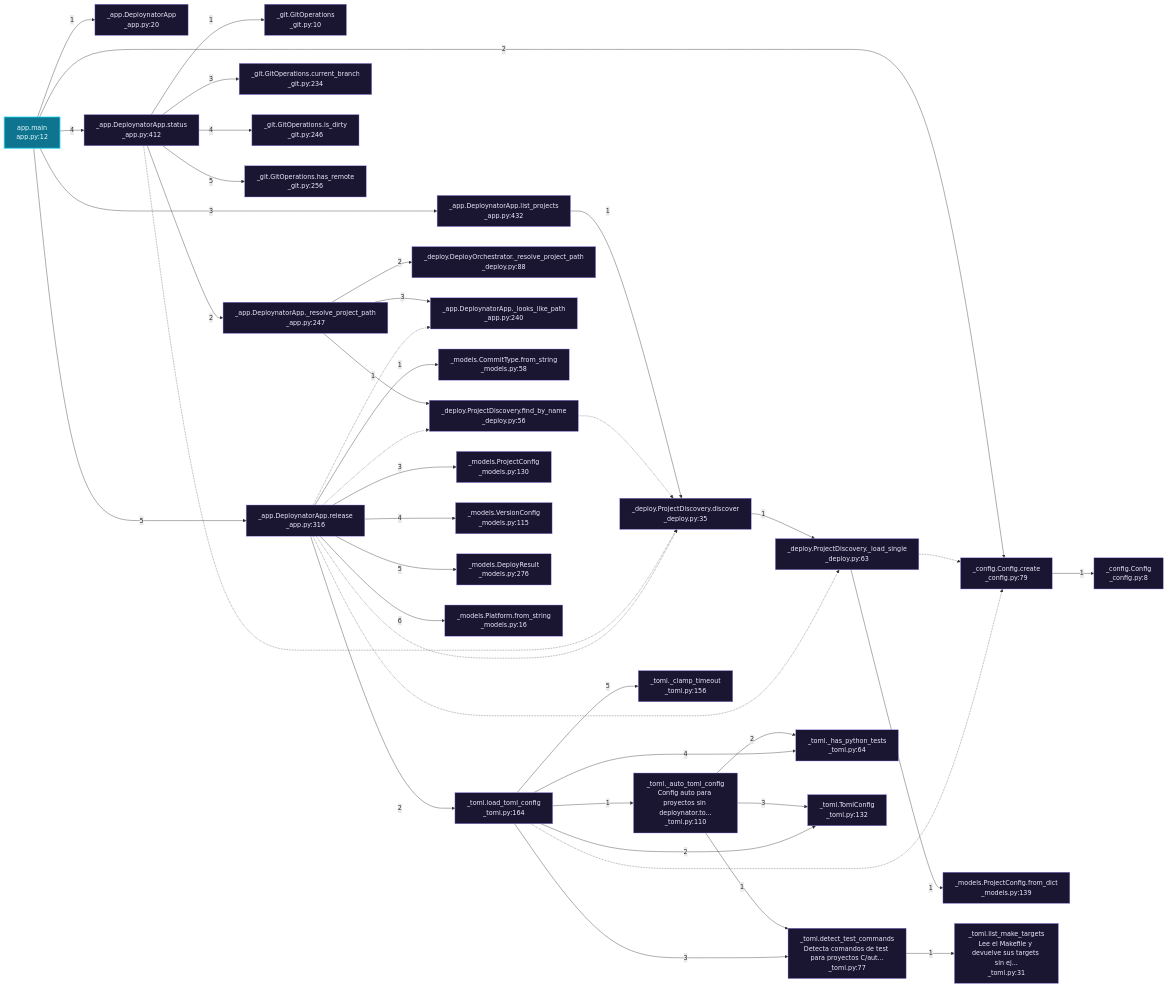
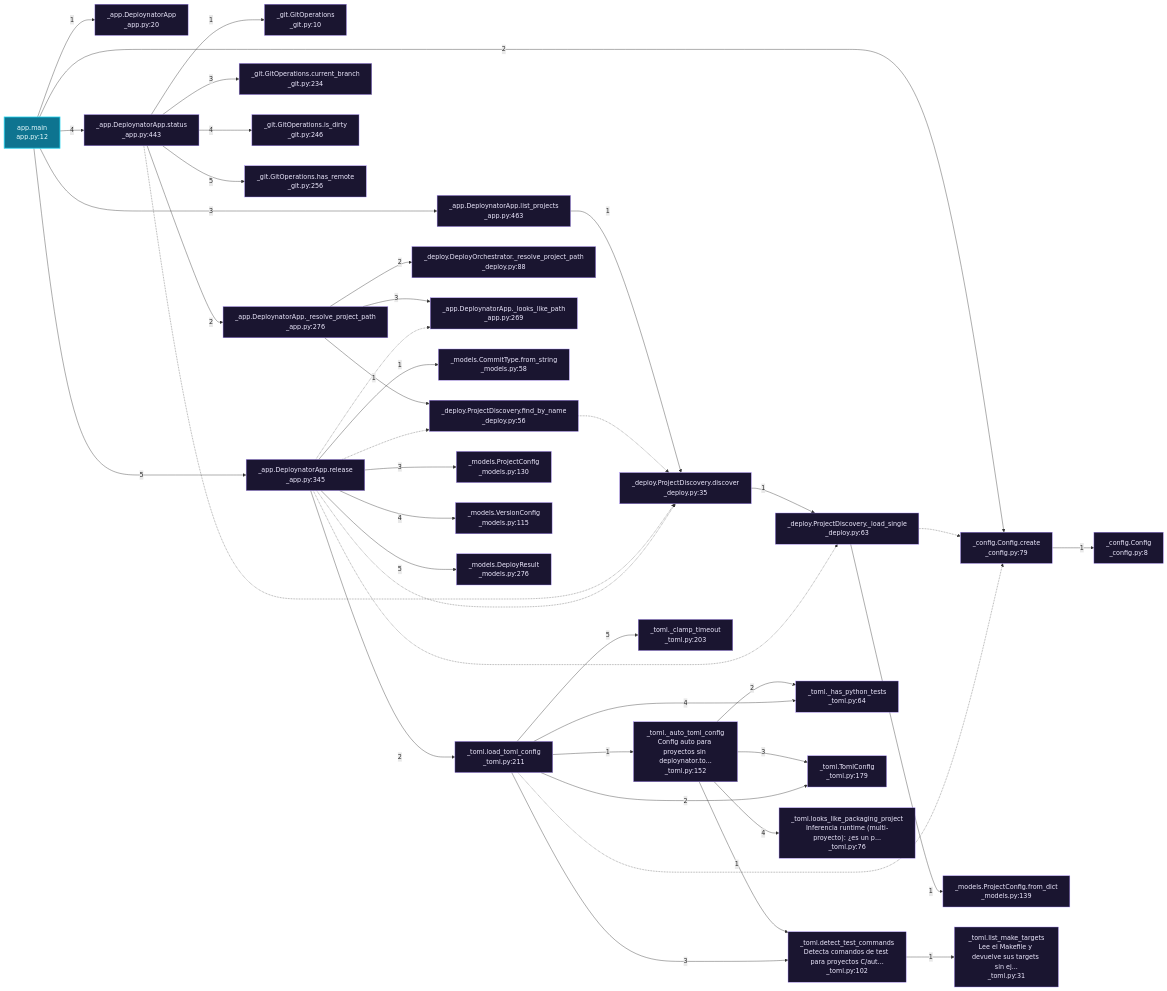
Before and after one commit to grisuno/deploynator: the third of 9 diagrams in readmenator-apidocs/architecture.md, drawn with Mermaid. The commit also changed other lines of this file and 82 other files, not shown here.

First line of the commit message:
test: test: automated release

````diff
--- a/readmenator-apidocs/architecture.md
+++ b/readmenator-apidocs/architecture.md
@@ -79,75 +79,75 @@
 ```mermaid
 flowchart LR
     classDef entry fill:#0e7490,stroke:#22d3ee,color:#ecfeff,stroke-width:2px;
     classDef external fill:#1a1530,stroke:#a78bfa,color:#ede9fe;
     n_app_py__main["app.main<br/>app.py:12"]:::entry
     n_deploynator__app_py__DeploynatorApp["_app.DeploynatorApp<br/>_app.py:20"]:::external
     n_deploynator__config_py__create["_config.Config.create<br/>_config.py:79"]:::external
     n_deploynator__config_py__Config["_config.Config<br/>_config.py:8"]:::external
-    n_deploynator__app_py__list_projects["_app.DeploynatorApp.list_projects<br/>_app.py:432"]:::external
+    n_deploynator__app_py__list_projects["_app.DeploynatorApp.list_projects<br/>_app.py:463"]:::external
     n_deploynator__deploy_py__discover["_deploy.ProjectDiscovery.discover<br/>_deploy.py:35"]:::external
     n_deploynator__deploy_py___load_single["_deploy.ProjectDiscovery._load_single<br/>_deploy.py:63"]:::external
     n_deploynator__models_py__from_dict_139["_models.ProjectConfig.from_dict<br/>_models.py:139"]:::external
-    n_deploynator__app_py__status["_app.DeploynatorApp.status<br/>_app.py:412"]:::external
+    n_deploynator__app_py__status["_app.DeploynatorApp.status<br/>_app.py:443"]:::external
     n_deploynator__git_py__GitOperations["_git.GitOperations<br/>_git.py:10"]:::external
-    n_deploynator__app_py___resolve_project_path["_app.DeploynatorApp._resolve_project_path<br/>_app.py:247"]:::external
+    n_deploynator__app_py___resolve_project_path["_app.DeploynatorApp._resolve_project_path<br/>_app.py:276"]:::external
     n_deploynator__deploy_py__find_by_name["_deploy.ProjectDiscovery.find_by_name<br/>_deploy.py:56"]:::external
     n_deploynator__deploy_py___resolve_project_path["_deploy.DeployOrchestrator._resolve_project_path<br/>_deploy.py:88"]:::external
-    n_deploynator__app_py___looks_like_path["_app.DeploynatorApp._looks_like_path<br/>_app.py:240"]:::external
+    n_deploynator__app_py___looks_like_path["_app.DeploynatorApp._looks_like_path<br/>_app.py:269"]:::external
     n_deploynator__git_py__current_branch["_git.GitOperations.current_branch<br/>_git.py:234"]:::external
     n_deploynator__git_py__is_dirty["_git.GitOperations.is_dirty<br/>_git.py:246"]:::external
     n_deploynator__git_py__has_remote["_git.GitOperations.has_remote<br/>_git.py:256"]:::external
-    n_deploynator__app_py__release["_app.DeploynatorApp.release<br/>_app.py:316"]:::external
+    n_deploynator__app_py__release["_app.DeploynatorApp.release<br/>_app.py:345"]:::external
     n_deploynator__models_py__from_string_58["_models.CommitType.from_string<br/>_models.py:58"]:::external
-    n_deploynator__toml_py__load_toml_config["_toml.load_toml_config<br/>_toml.py:164"]:::external
-    n_deploynator__toml_py___auto_toml_config["_toml._auto_toml_config<br/>Config auto para proyectos sin deploynator.to...<br/>_toml.py:110"]:::external
-    n_deploynator__toml_py__detect_test_commands["_toml.detect_test_commands<br/>Detecta comandos de test para proyectos C/aut...<br/>_toml.py:77"]:::external
+    n_deploynator__toml_py__load_toml_config["_toml.load_toml_config<br/>_toml.py:211"]:::external
+    n_deploynator__toml_py___auto_toml_config["_toml._auto_toml_config<br/>Config auto para proyectos sin deploynator.to...<br/>_toml.py:152"]:::external
+    n_deploynator__toml_py__detect_test_commands["_toml.detect_test_commands<br/>Detecta comandos de test para proyectos C/aut...<br/>_toml.py:102"]:::external
     n_deploynator__toml_py___has_python_tests["_toml._has_python_tests<br/>_toml.py:64"]:::external
-    n_deploynator__toml_py__TomlConfig["_toml.TomlConfig<br/>_toml.py:132"]:::external
+    n_deploynator__toml_py__TomlConfig["_toml.TomlConfig<br/>_toml.py:179"]:::external
+    n_deploynator__toml_py__looks_like_packaging_project["_toml.looks_like_packaging_project<br/>Inferencia runtime (multi-proyecto): ¿es un p...<br/>_toml.py:76"]:::external
     n_deploynator__toml_py__list_make_targets["_toml.list_make_targets<br/>Lee el Makefile y devuelve sus targets sin ej...<br/>_toml.py:31"]:::external
-    n_deploynator__toml_py___clamp_timeout["_toml._clamp_timeout<br/>_toml.py:156"]:::external
+    n_deploynator__toml_py___clamp_timeout["_toml._clamp_timeout<br/>_toml.py:203"]:::external
     n_deploynator__models_py__ProjectConfig["_models.ProjectConfig<br/>_models.py:130"]:::external
     n_deploynator__models_py__VersionConfig["_models.VersionConfig<br/>_models.py:115"]:::external
     n_deploynator__models_py__DeployResult["_models.DeployResult<br/>_models.py:276"]:::external
-    n_deploynator__models_py__from_string["_models.Platform.from_string<br/>_models.py:16"]:::external
     n_app_py__main -->|"1"| n_deploynator__app_py__DeploynatorApp
     n_app_py__main -->|"2"| n_deploynator__config_py__create
     n_deploynator__config_py__create -->|"1"| n_deploynator__config_py__Config
     n_app_py__main -->|"3"| n_deploynator__app_py__list_projects
     n_deploynator__app_py__list_projects -->|"1"| n_deploynator__deploy_py__discover
     n_deploynator__deploy_py__discover -->|"1"| n_deploynator__deploy_py___load_single
     n_deploynator__deploy_py___load_single -.-> n_deploynator__config_py__create
     n_deploynator__deploy_py___load_single -->|"1"| n_deploynator__models_py__from_dict_139
     n_app_py__main -->|"4"| n_deploynator__app_py__status
     n_deploynator__app_py__status -->|"1"| n_deploynator__git_py__GitOperations
     n_deploynator__app_py__status -->|"2"| n_deploynator__app_py___resolve_project_path
     n_deploynator__app_py___resolve_project_path -->|"1"| n_deploynator__deploy_py__find_by_name
     n_deploynator__deploy_py__find_by_name -.-> n_deploynator__deploy_py__discover
     n_deploynator__app_py___resolve_project_path -->|"2"| n_deploynator__deploy_py___resolve_project_path
     n_deploynator__app_py___resolve_project_path -->|"3"| n_deploynator__app_py___looks_like_path
     n_deploynator__app_py__status -->|"3"| n_deploynator__git_py__current_branch
     n_deploynator__app_py__status -->|"4"| n_deploynator__git_py__is_dirty
     n_deploynator__app_py__status -->|"5"| n_deploynator__git_py__has_remote
     n_deploynator__app_py__status -.-> n_deploynator__deploy_py__discover
     n_app_py__main -->|"5"| n_deploynator__app_py__release
     n_deploynator__app_py__release -->|"1"| n_deploynator__models_py__from_string_58
     n_deploynator__app_py__release -.-> n_deploynator__deploy_py__discover
     n_deploynator__app_py__release -.-> n_deploynator__deploy_py__find_by_name
     n_deploynator__app_py__release -.-> n_deploynator__app_py___looks_like_path
     n_deploynator__app_py__release -->|"2"| n_deploynator__toml_py__load_toml_config
     n_deploynator__toml_py__load_toml_config -->|"1"| n_deploynator__toml_py___auto_toml_config
     n_deploynator__toml_py___auto_toml_config -->|"1"| n_deploynator__toml_py__detect_test_commands
     n_deploynator__toml_py___auto_toml_config -->|"2"| n_deploynator__toml_py___has_python_tests
     n_deploynator__toml_py___auto_toml_config -->|"3"| n_deploynator__toml_py__TomlConfig
+    n_deploynator__toml_py___auto_toml_config -->|"4"| n_deploynator__toml_py__looks_like_packaging_project
     n_deploynator__toml_py__load_toml_config -->|"2"| n_deploynator__toml_py__TomlConfig
     n_deploynator__toml_py__load_toml_config -.-> n_deploynator__config_py__create
     n_deploynator__toml_py__load_toml_config -->|"3"| n_deploynator__toml_py__detect_test_commands
     n_deploynator__toml_py__detect_test_commands -->|"1"| n_deploynator__toml_py__list_make_targets
     n_deploynator__toml_py__load_toml_config -->|"4"| n_deploynator__toml_py___has_python_tests
     n_deploynator__toml_py__load_toml_config -->|"5"| n_deploynator__toml_py___clamp_timeout
     n_deploynator__app_py__release -->|"3"| n_deploynator__models_py__ProjectConfig
     n_deploynator__app_py__release -->|"4"| n_deploynator__models_py__VersionConfig
     n_deploynator__app_py__release -.-> n_deploynator__deploy_py___load_single
     n_deploynator__app_py__release -->|"5"| n_deploynator__models_py__DeployResult
-    n_deploynator__app_py__release -->|"6"| n_deploynator__models_py__from_string
 ```
````
